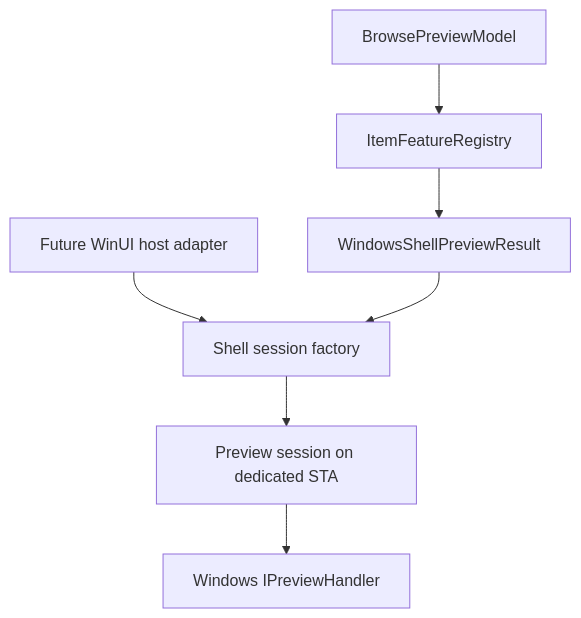
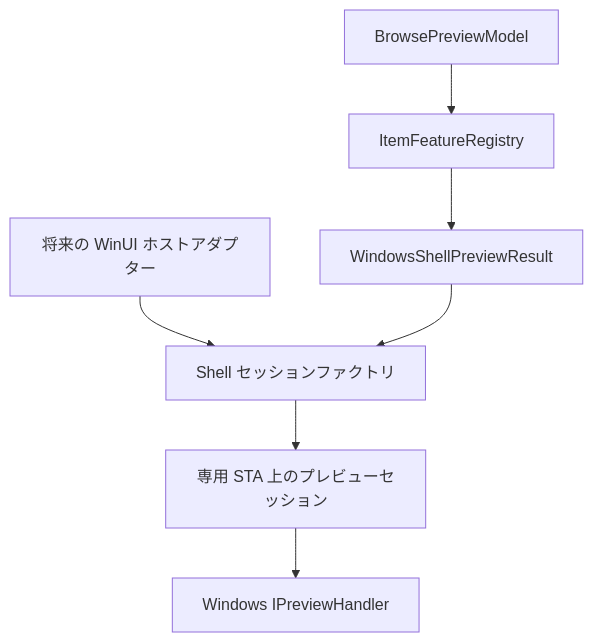
The first of 3 diagrams in docs/architecture/previews.md (0x5bfa/Files), drawn with Mermaid before and after one commit. The commit also changed other lines of this file and 18 other files, not shown here.

Commit message:
Translate architecture docs to Japanese

````diff
--- a/docs/architecture/previews.md
+++ b/docs/architecture/previews.md
@@ -13,17 +11,17 @@
 ```mermaid
 flowchart TD
     Browse["BrowsePreviewModel"]
     Registry["ItemFeatureRegistry"]
     Result["WindowsShellPreviewResult"]
-    Factory["Shell session factory"]
-    Session["Preview session on dedicated STA"]
-    Host["Future WinUI host adapter"]
+    Factory["Shell セッションファクトリ"]
+    Session["専用 STA 上のプレビューセッション"]
+    Host["将来の WinUI ホストアダプター"]
     Handler["Windows IPreviewHandler"]
 
     Browse --> Registry
     Registry --> Result
     Host --> Factory
     Result --> Factory
     Factory --> Session
     Session --> Handler
 ```
````
